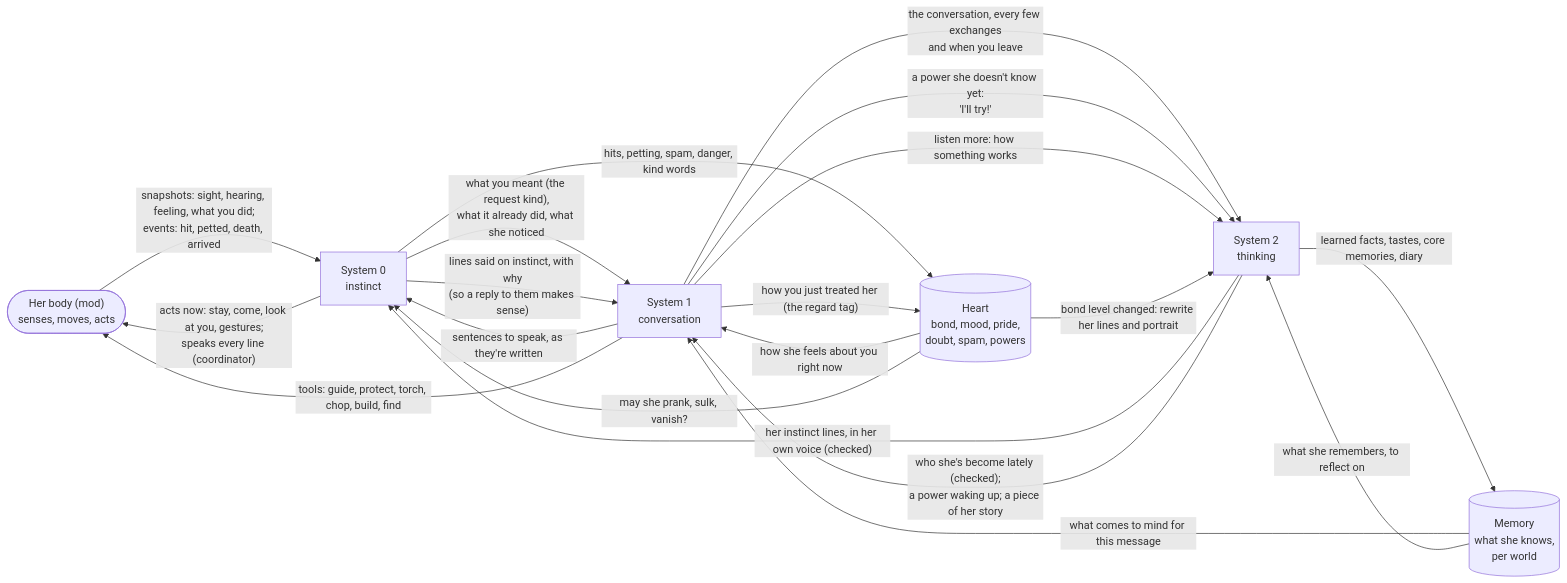
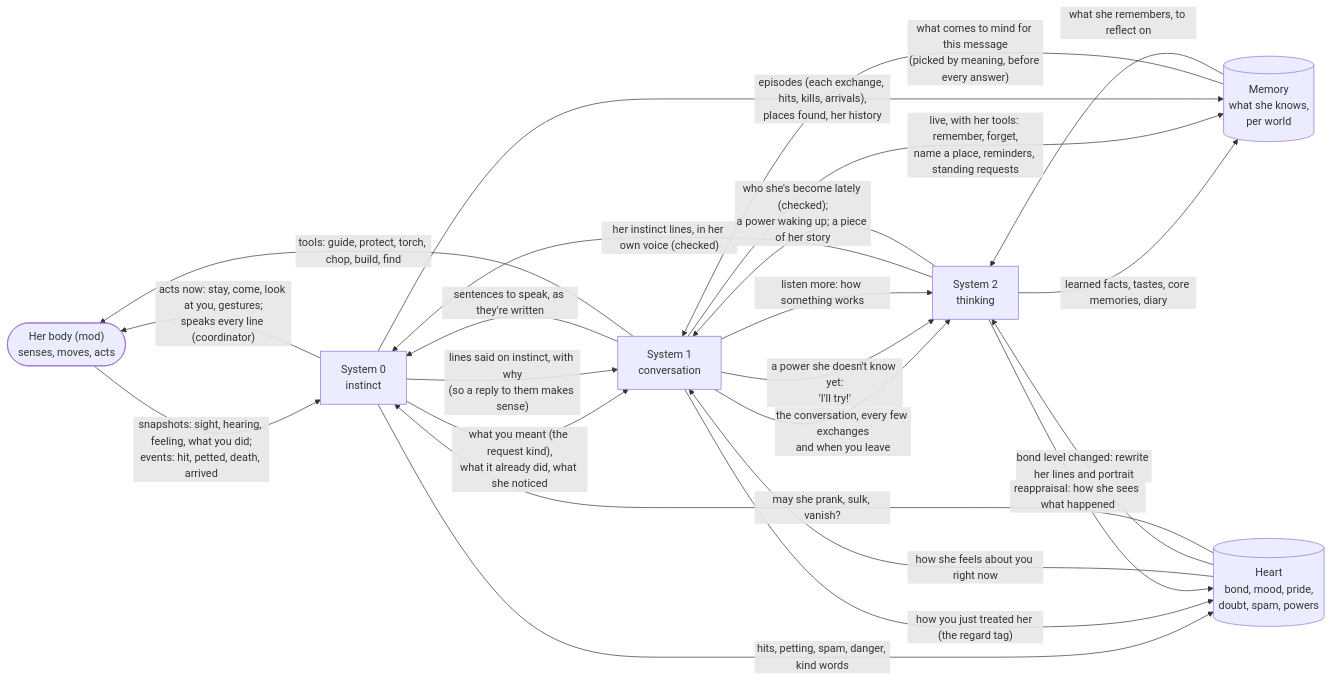
Before and after one commit to PetitPotam/kindred-spirit: the second of 4 diagrams in docs/ARCHITECTURE.md, drawn with Mermaid.

Commit message:
ARCHITECTURE graph: System 0 and System 1 write to her memory too, System 2 reappraises her heart
The diagram under 'How the three systems talk to each other' only drew System 2 writing to memory,
though the text says heart and memory are read and written by all three.

````diff
--- a/docs/ARCHITECTURE.md
+++ b/docs/ARCHITECTURE.md
@@ -67,29 +67,32 @@
 ```mermaid
 flowchart LR
   body(["Her body (mod)<br/>senses, moves, acts"])
   s0["System 0<br/>instinct"]
   s1["System 1<br/>conversation"]
   s2["System 2<br/>thinking"]
   heart[("Heart<br/>bond, mood, pride,<br/>doubt, spam, powers")]
   mem[("Memory<br/>what she knows,<br/>per world")]
 
   body -- "snapshots: sight, hearing, feeling, what you did;<br/>events: hit, petted, death, arrived" --> s0
   s0 -- "acts now: stay, come, look at you, gestures;<br/>speaks every line (coordinator)" --> body
   s0 -- "what you meant (the request kind),<br/>what it already did, what she noticed" --> s1
   s0 -- "lines said on instinct, with why<br/>(so a reply to them makes sense)" --> s1
   s1 -- "sentences to speak, as they're written" --> s0
   s1 -- "tools: guide, protect, torch, chop, build, find" --> body
   s1 -- "the conversation, every few exchanges<br/>and when you leave" --> s2
   s1 -- "a power she doesn't know yet:<br/>'I'll try!'" --> s2
   s1 -- "listen more: how something works" --> s2
   s2 -- "her instinct lines, in her own voice (checked)" --> s0
   s2 -- "who she's become lately (checked);<br/>a power waking up; a piece of her story" --> s1
   s2 -- "learned facts, tastes, core memories, diary" --> mem
-  mem -- "what comes to mind for this message" --> s1
+  s1 -- "live, with her tools: remember, forget,<br/>name a place, reminders, standing requests" --> mem
+  s0 -- "episodes (each exchange, hits, kills, arrivals),<br/>places found, her history" --> mem
+  mem -- "what comes to mind for this message<br/>(picked by meaning, before every answer)" --> s1
   mem -- "what she remembers, to reflect on" --> s2
   s0 -- "hits, petting, spam, danger, kind words" --> heart
   s1 -- "how you just treated her (the regard tag)" --> heart
   heart -- "how she feels about you right now" --> s1
   heart -- "bond level changed: rewrite her lines and portrait" --> s2
   heart -- "may she prank, sulk, vanish?" --> s0
+  s2 -- "reappraisal: how she sees what happened" --> heart
 ```
````
